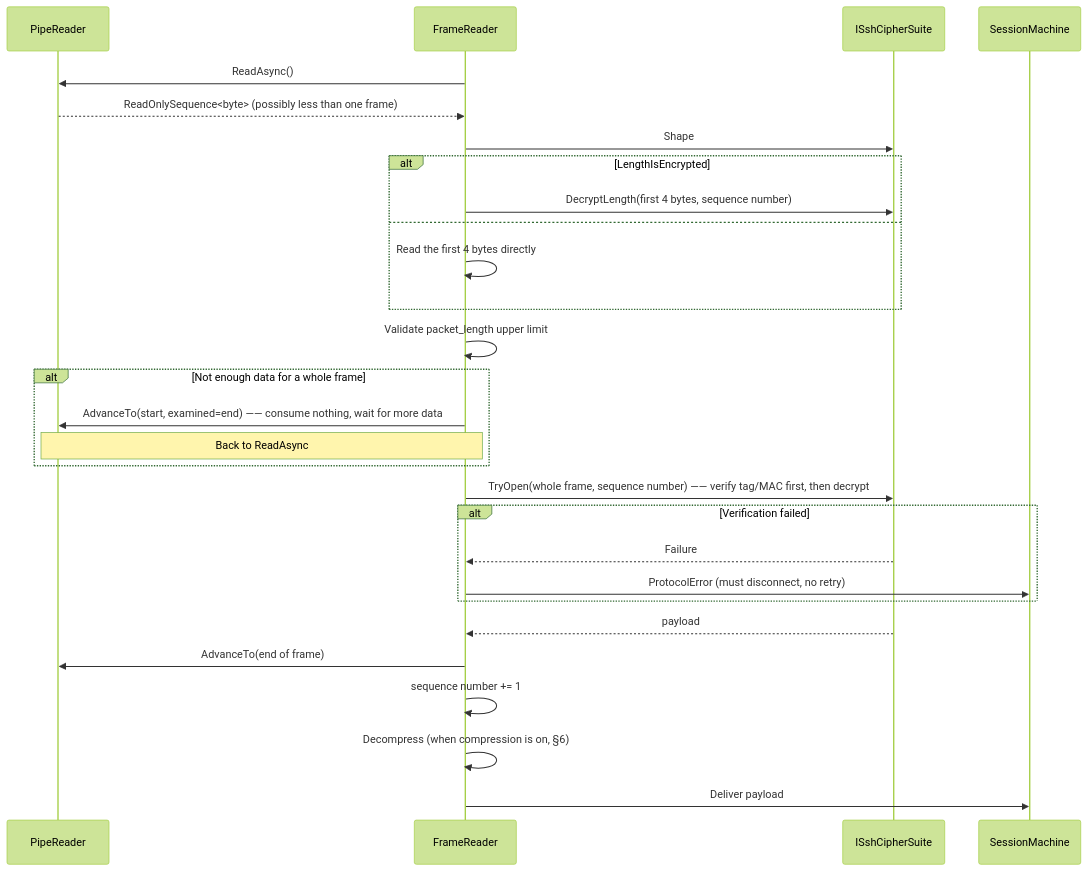
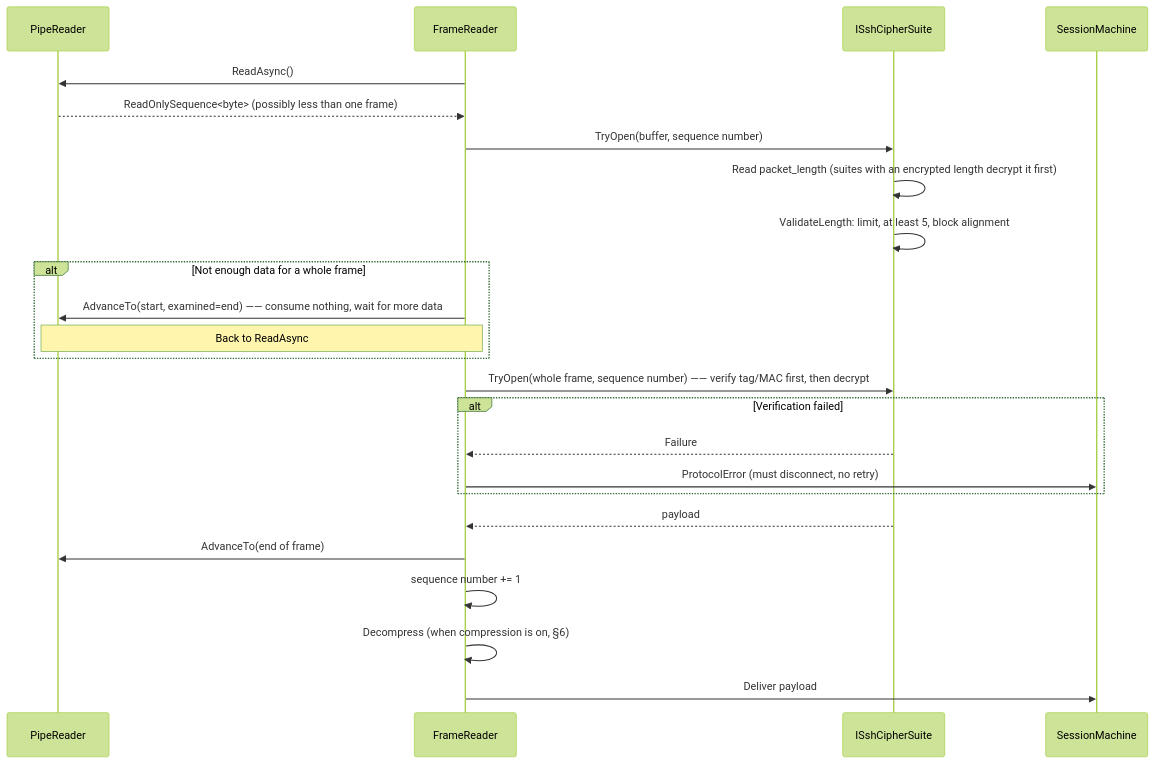
Before and after one commit to VelaShellLabs/velashell-docs: the first of 2 diagrams in en/ssh/spec/01-transport-framing.md, drawn with Mermaid (forest theme). The commit also changed other lines of this file and 1 other file, not shown here.

````diff
--- a/en/ssh/spec/01-transport-framing.md
+++ b/en/ssh/spec/01-transport-framing.md
@@ -181,31 +185,27 @@
 ```mermaid
 sequenceDiagram
     participant P as PipeReader
     participant F as FrameReader
     participant C as ISshCipherSuite
     participant S as SessionMachine
 
     F->>P: ReadAsync()
     P-->>F: ReadOnlySequence<byte> (possibly less than one frame)
-    F->>C: Shape
-    alt LengthIsEncrypted
-        F->>C: DecryptLength(first 4 bytes, sequence number)
-    else
-        F->>F: Read the first 4 bytes directly
-    end
-    F->>F: Validate packet_length upper limit
+    F->>C: TryOpen(buffer, sequence number)
+    C->>C: Read packet_length (suites with an encrypted length decrypt it first)
+    C->>C: ValidateLength: limit, at least 5, block alignment
     alt Not enough data for a whole frame
         F->>P: AdvanceTo(start, examined=end) —— consume nothing, wait for more data
         Note over F,P: Back to ReadAsync
     end
     F->>C: TryOpen(whole frame, sequence number) —— verify tag/MAC first, then decrypt
     alt Verification failed
         C-->>F: Failure
         F->>S: ProtocolError (must disconnect, no retry)
     end
     C-->>F: payload
     F->>P: AdvanceTo(end of frame)
     F->>F: sequence number += 1
     F->>F: Decompress (when compression is on, §6)
     F->>S: Deliver payload
 ```
````
